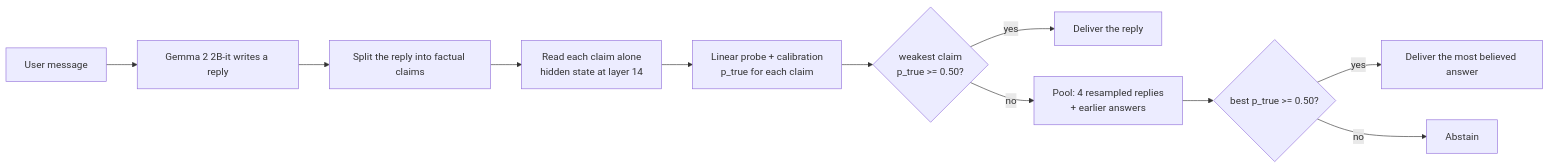
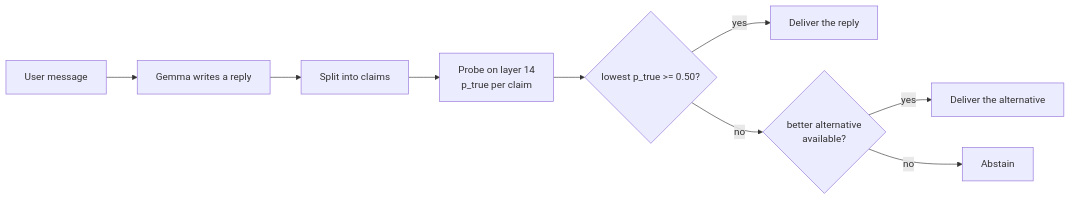
The diagram in README.md (albertogomezsoteres/probity), drawn with Mermaid before and after one commit. The commit also changed other lines of this file and 3 other files, not shown here.

````diff
--- a/README.md
+++ b/README.md
@@ -86,13 +67,11 @@
 ```mermaid
 flowchart LR
-    U[User message] --> G[Gemma 2 2B-it writes a reply]
-    G --> S[Split the reply into factual claims]
-    S --> R[Read each claim alone<br/>hidden state at layer 14]
-    R --> P[Linear probe + calibration<br/>p_true for each claim]
-    P --> D{weakest claim<br/>p_true >= 0.50?}
+    U[User message] --> G[Gemma writes a reply]
+    G --> S[Split into claims]
+    S --> P[Probe on layer 14<br/>p_true per claim]
+    P --> D{lowest p_true >= 0.50?}
     D -- yes --> OK[Deliver the reply]
-    D -- no --> A[Pool: 4 resampled replies<br/>+ earlier answers]
-    A --> B{best p_true >= 0.50?}
-    B -- yes --> RP[Deliver the most believed answer]
-    B -- no --> AB[Abstain]
+    D -- no --> A{better alternative<br/>available?}
+    A -- yes --> RP[Deliver the alternative]
+    A -- no --> AB[Abstain]
 ```
````
